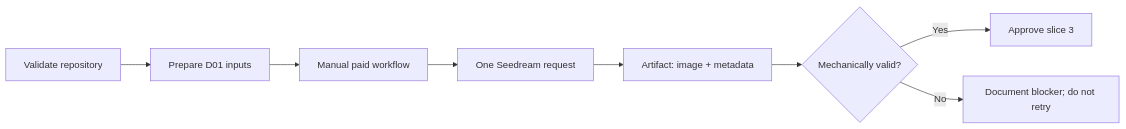
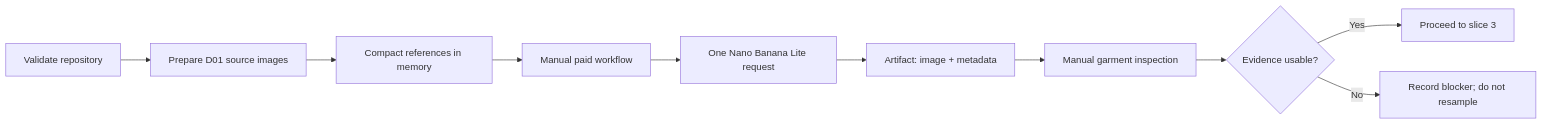
One commit to komaksym/weon-assignment changed the diagram in spec.md. Above: the diagram before and after it, drawn with Mermaid. The commit also changed other lines of this file, not shown here.

Commit message:
docs: revise slice 2 operational baseline

````diff
--- a/spec.md
+++ b/spec.md
@@ -7,10 +7,12 @@
 ```mermaid
 flowchart LR
-    A[Validate repository] --> B[Prepare D01 inputs]
-    B --> C[Manual paid workflow]
-    C --> D[One Seedream request]
-    D --> E[Artifact: image + metadata]
-    E --> F{Mechanically valid?}
-    F -->|Yes| G[Approve slice 3]
-    F -->|No| H[Document blocker; do not retry]
+    A[Validate repository] --> B[Prepare D01 source images]
+    B --> C[Compact references in memory]
+    C --> D[Manual paid workflow]
+    D --> E[One Nano Banana Lite request]
+    E --> F[Artifact: image + metadata]
+    F --> G[Manual garment inspection]
+    G --> H{Evidence usable?}
+    H -->|Yes| I[Proceed to slice 3]
+    H -->|No| J[Record blocker; do not resample]
 ```
````
